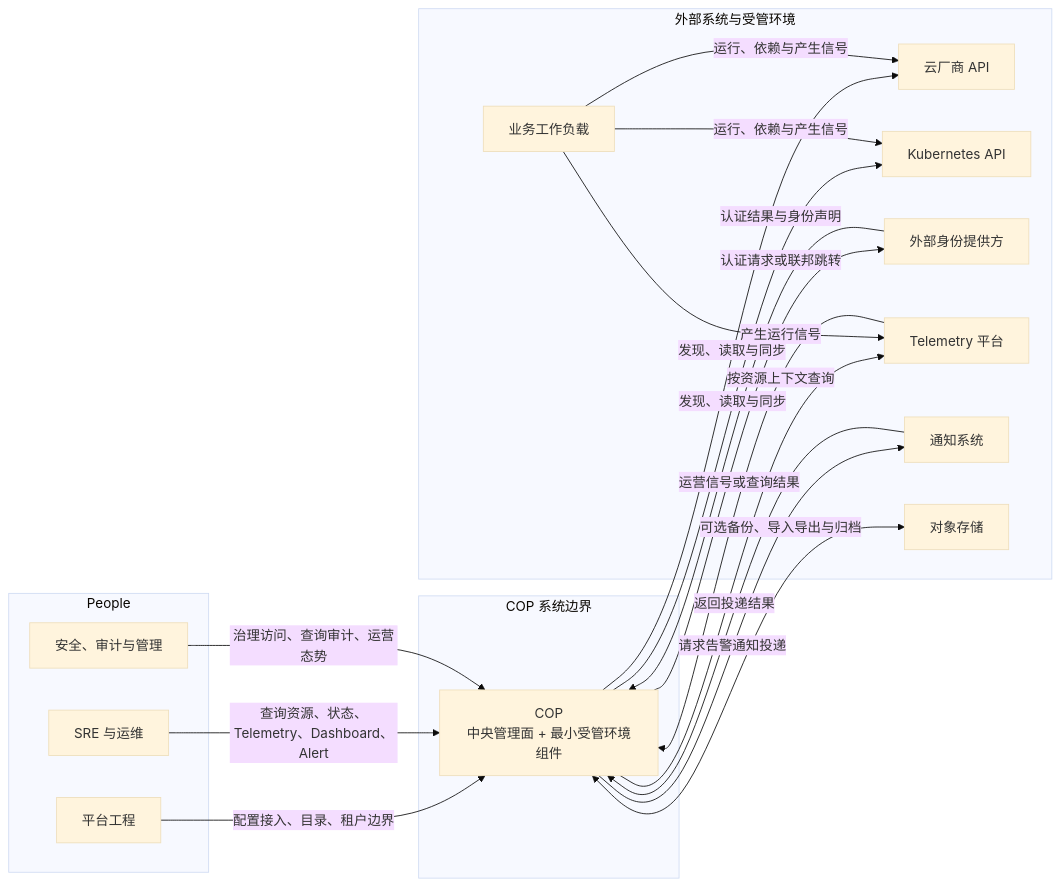
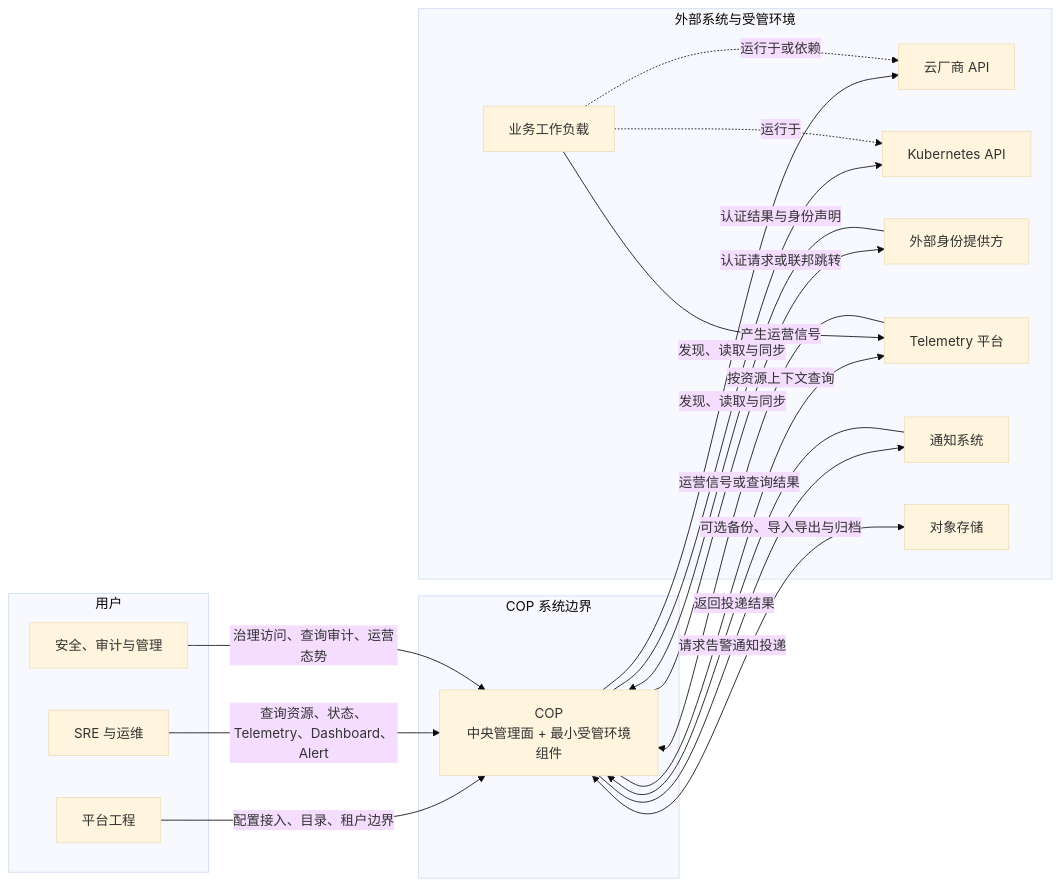
The diagram in docs/architecture/system-context.md (Sakuya1998/cop-architecture), drawn with Mermaid (base theme) before and after one commit.

Commit message:
docs: align system context diagram

````diff
--- a/docs/architecture/system-context.md
+++ b/docs/architecture/system-context.md
@@ -43,38 +43,38 @@
 ```mermaid
 flowchart LR
-  subgraph People["People"]
+  subgraph People["用户"]
     PE["平台工程"]
     SRE["SRE 与运维"]
     GOV["安全、审计与管理"]
   end
 
   subgraph COPBoundary["COP 系统边界"]
     COP["COP<br/>中央管理面 + 最小受管环境组件"]
   end
 
   subgraph External["外部系统与受管环境"]
     CLOUD["云厂商 API"]
     K8S["Kubernetes API"]
     IDP["外部身份提供方"]
     TELEMETRY["Telemetry 平台"]
     NOTIFY["通知系统"]
     OBJECT["对象存储"]
     WORKLOAD["业务工作负载"]
   end
 
   PE -->|配置接入、目录、租户边界| COP
   SRE -->|查询资源、状态、Telemetry、Dashboard、Alert| COP
   GOV -->|治理访问、查询审计、运营态势| COP
   COP -->|发现、读取与同步| CLOUD
   COP -->|发现、读取与同步| K8S
   COP -->|认证请求或联邦跳转| IDP
   IDP -->|认证结果与身份声明| COP
   COP -->|按资源上下文查询| TELEMETRY
   TELEMETRY -->|运营信号或查询结果| COP
   COP -->|请求告警通知投递| NOTIFY
   NOTIFY -->|返回投递结果| COP
   COP <--> |可选备份、导入导出与归档| OBJECT
-  WORKLOAD -->|运行、依赖与产生信号| CLOUD
-  WORKLOAD -->|运行、依赖与产生信号| K8S
-  WORKLOAD -->|产生运行信号| TELEMETRY
+  WORKLOAD -.->|运行于或依赖| CLOUD
+  WORKLOAD -.->|运行于| K8S
+  WORKLOAD -->|产生运营信号| TELEMETRY
 ```
````
